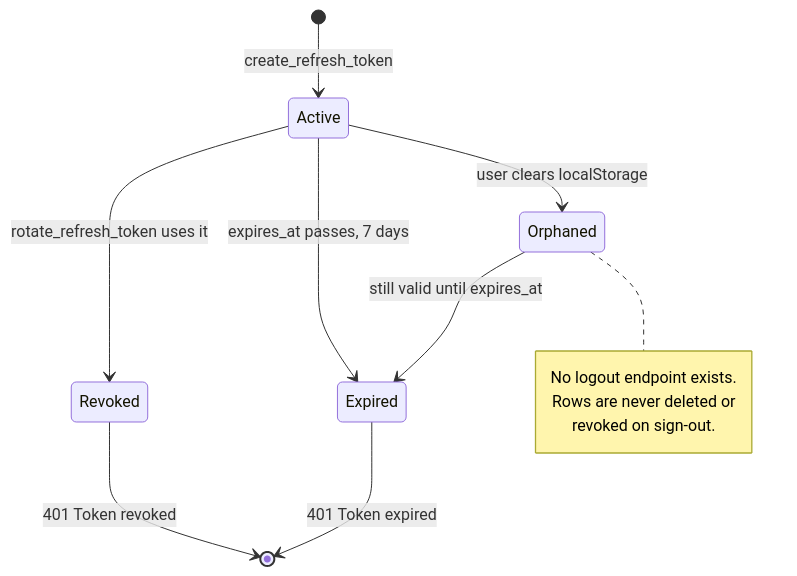
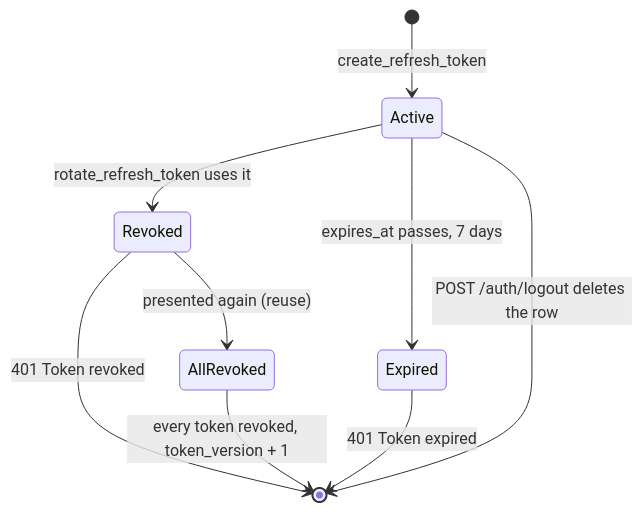
Before and after one commit to gondolerahul/hire-buddha-app: the sixth of 20 diagrams in docs/current/04-auth-rbac-tenancy.md, drawn with Mermaid. The commit also changed other lines of this file and 15 other files, not shown here.

````diff
--- a/docs/current/04-auth-rbac-tenancy.md
+++ b/docs/current/04-auth-rbac-tenancy.md
@@ -395,15 +396,11 @@
 ```mermaid
 stateDiagram-v2
     [*] --> Active: create_refresh_token
     Active --> Revoked: rotate_refresh_token uses it
     Active --> Expired: expires_at passes, 7 days
     Revoked --> [*]: 401 Token revoked
     Expired --> [*]: 401 Token expired
-    Active --> Orphaned: user clears localStorage
-    Orphaned --> Expired: still valid until expires_at
-    note right of Orphaned
-        No logout endpoint exists.
-        Rows are never deleted or
-        revoked on sign-out.
-    end note
+    Active --> [*]: POST /auth/logout deletes the row
+    Revoked --> AllRevoked: presented again (reuse)
+    AllRevoked --> [*]: every token revoked, token_version + 1
 ```
````
